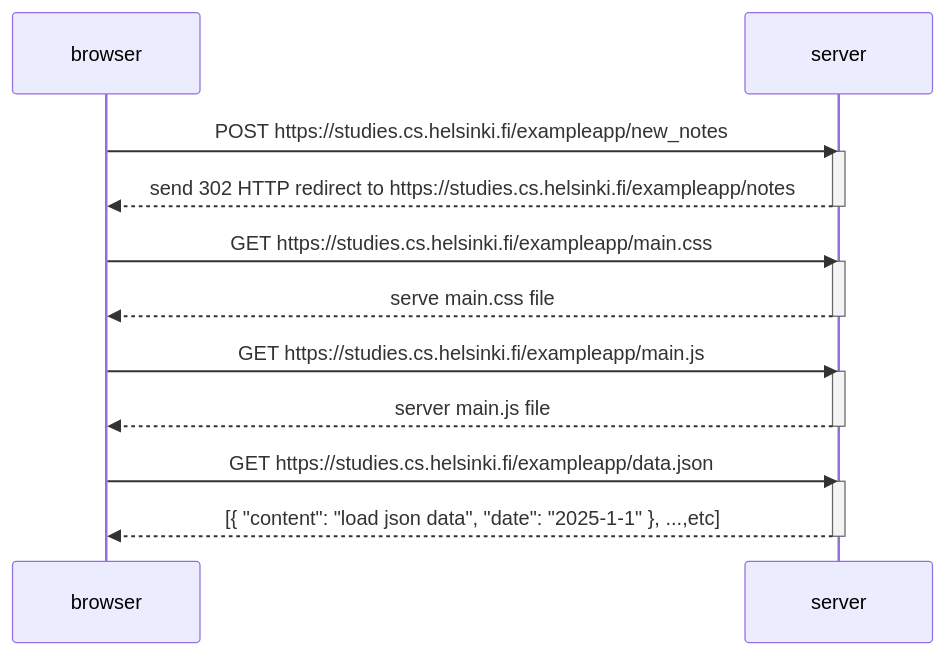
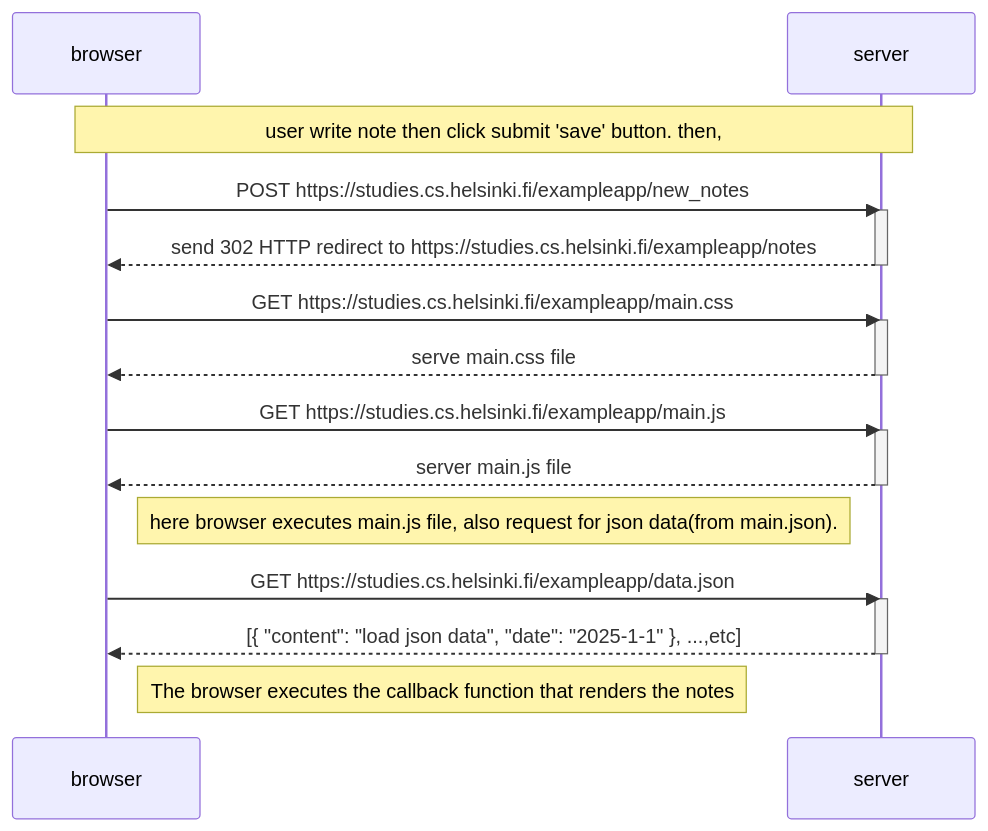
The diagram in part0/0.4.md (ganeshtadvi/fullstackopen), drawn with Mermaid before and after one commit. The commit also changed other lines of this file, not shown here.

````diff
--- a/part0/0.4.md
+++ b/part0/0.4.md
@@ -2,34 +2,34 @@
 ```mermaid
 sequenceDiagram
   participant browser
   participant server
 
   
-  #Note over browser,server:  user write note then click submit 'save' button. then,
+  Note over browser,server:  user write note then click submit 'save' button. then,
   
   browser->>server: POST https://studies.cs.helsinki.fi/exampleapp/new_notes
   activate server
   server-->>browser: send 302 HTTP redirect  to https://studies.cs.helsinki.fi/exampleapp/notes
   deactivate server
 
   browser->>server: GET https://studies.cs.helsinki.fi/exampleapp/main.css
   activate server
   server-->>browser: serve main.css file
   deactivate server
 
   browser->>server: GET https://studies.cs.helsinki.fi/exampleapp/main.js
   activate server
   server-->>browser: server main.js file
   deactivate server
 
        
-       #Note right of browser: here browser executes main.js file, also request for json data(from main.json).
+Note right of browser: here browser executes main.js file, also request for json data(from main.json).
 
   browser->>server: GET https://studies.cs.helsinki.fi/exampleapp/data.json
   activate server
   server-->>browser: [{ "content": "load json data", "date": "2025-1-1" }, ...,etc]
   deactivate server
 
-    #Note right of browser: The browser executes the callback function that renders the notes
+Note right of browser: The browser executes the callback function that renders the notes
 
 ```
````
